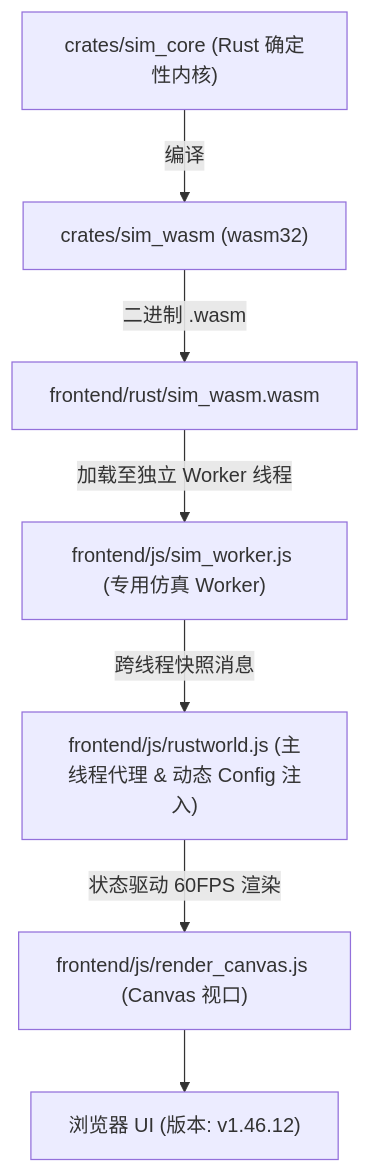
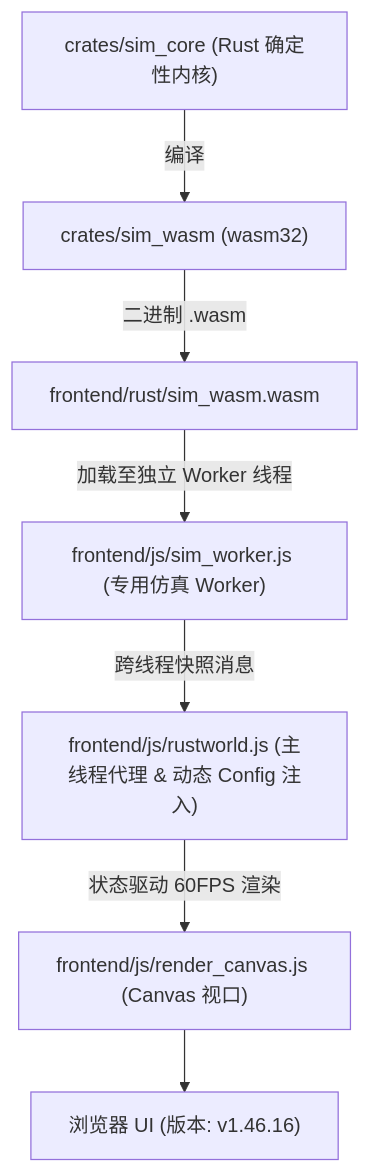
The diagram in AGENTS.md (g39088902/FlowAndAccord), drawn with Mermaid before and after one commit. The commit also changed other lines of this file and 41 other files, not shown here.

````diff
--- a/AGENTS.md
+++ b/AGENTS.md
@@ -60,9 +60,9 @@
 ```mermaid
 graph TD
     A["crates/sim_core (Rust 确定性内核)"] -->|编译| B["crates/sim_wasm (wasm32)"]
     B -->|二进制 .wasm| C["frontend/rust/sim_wasm.wasm"]
     C -->|加载至独立 Worker 线程| D["frontend/js/sim_worker.js (专用仿真 Worker)"]
     D -->|跨线程快照消息| E["frontend/js/rustworld.js (主线程代理 & 动态 Config 注入)"]
     E -->|状态驱动 60FPS 渲染| F["frontend/js/render_canvas.js (Canvas 视口)"]
-    F --> G["浏览器 UI (版本: v1.46.12)"]
+    F --> G["浏览器 UI (版本: v1.46.16)"]
 ```
````
